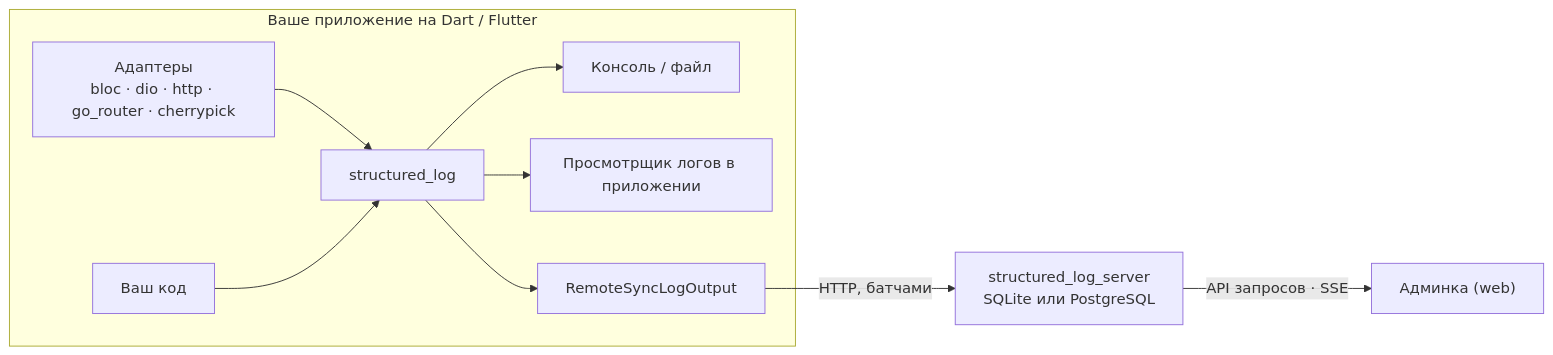
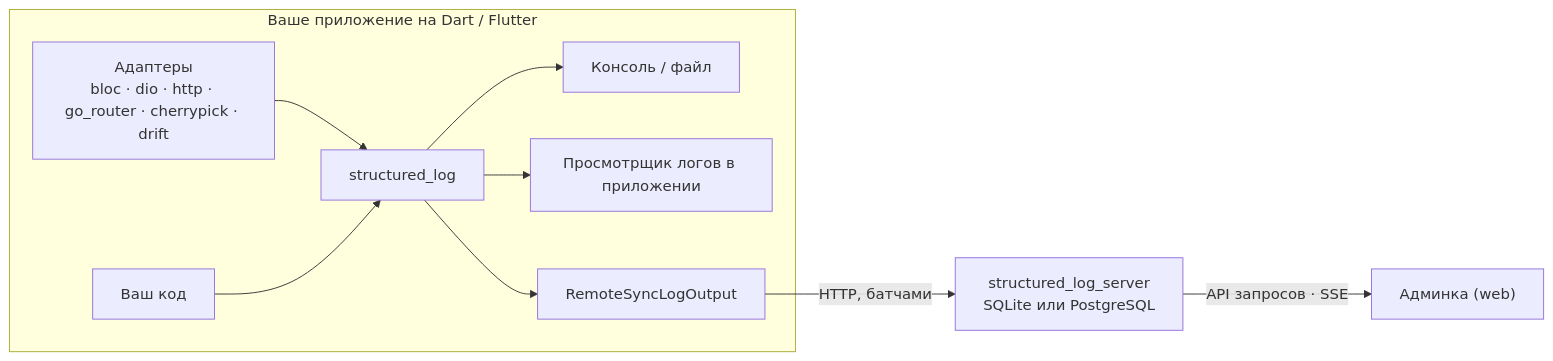
One commit to pese-git/structured_log changed the diagram in README.ru.md. Above: the diagram before and after it, drawn with Mermaid. The commit also changed other lines of this file and 46 other files, not shown here.

First line of the commit message:
feat(structured_log_drift): add a drift QueryInterceptor (#110)

````diff
--- a/README.ru.md
+++ b/README.ru.md
@@ -107,12 +109,12 @@
 ```mermaid
 flowchart LR
   subgraph app["Ваше приложение на Dart / Flutter"]
-    A["Адаптеры<br/>bloc · dio · http · go_router · cherrypick"] --> C["structured_log"]
+    A["Адаптеры<br/>bloc · dio · http · go_router · cherrypick · drift"] --> C["structured_log"]
     Y["Ваш код"] --> C
     C --> O["Консоль / файл"]
     C --> V["Просмотрщик логов в приложении"]
     C --> R["RemoteSyncLogOutput"]
   end
   R -- "HTTP, батчами" --> S["structured_log_server<br/>SQLite или PostgreSQL"]
   S -- "API запросов · SSE" --> W["Админка (web)"]
 ```
````
